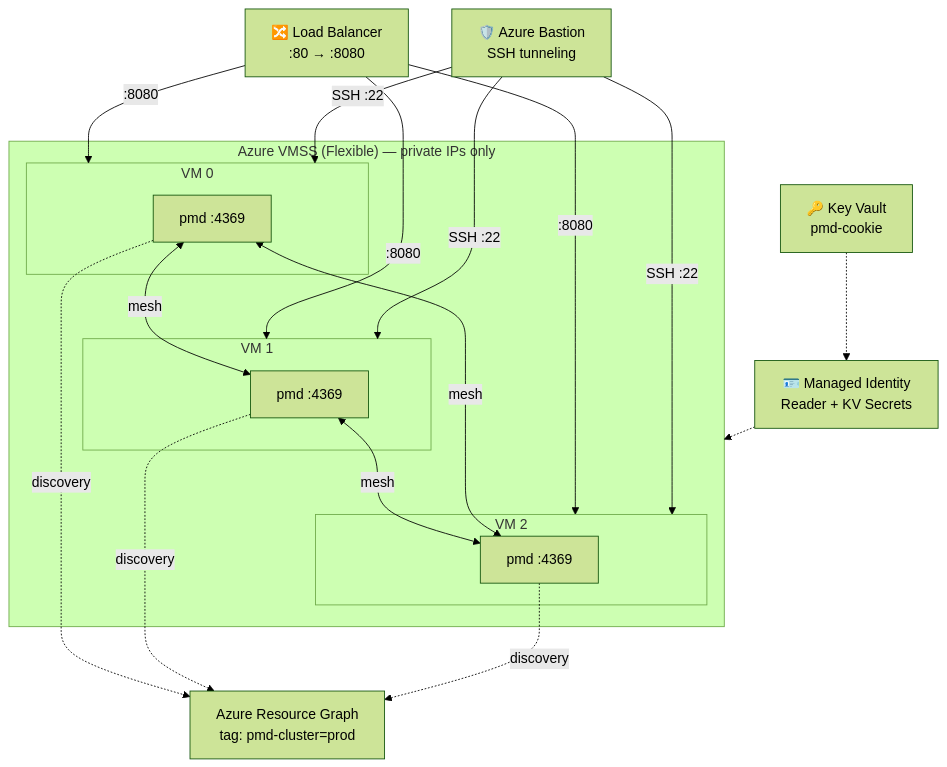
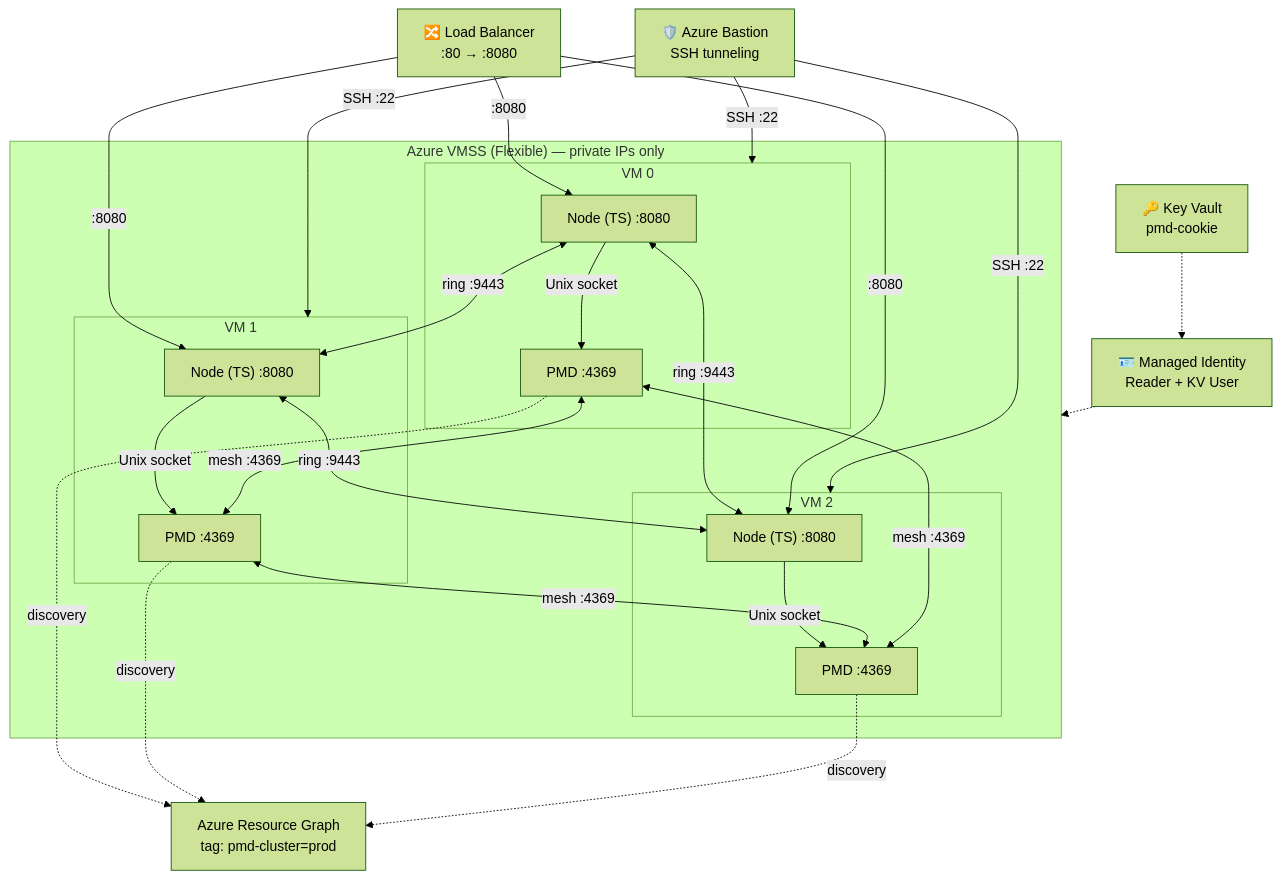
One commit to pierreg256/pmd-cluster changed the diagram in README.md. Above: the diagram before and after it, drawn with Mermaid (forest theme). The commit also changed other lines of this file, not shown here.

Commit message:
readme: complete architecture diagram with Node processes, socket links, and ring protocol

````diff
--- a/README.md
+++ b/README.md
@@ -7,39 +7,49 @@
 ```mermaid
 graph TD
     LB["🔀 Load Balancer<br/>:80 → :8080"]
     Bastion["🛡️ Azure Bastion<br/>SSH tunneling"]
 
     subgraph VMSS["Azure VMSS (Flexible) — private IPs only"]
         subgraph VM0["VM 0"]
-            PMD0["pmd :4369"]
+            NODE0["Node (TS) :8080"]
+            PMD0["PMD :4369"]
+            NODE0 -->|Unix socket| PMD0
         end
         subgraph VM1["VM 1"]
-            PMD1["pmd :4369"]
+            NODE1["Node (TS) :8080"]
+            PMD1["PMD :4369"]
+            NODE1 -->|Unix socket| PMD1
         end
         subgraph VM2["VM 2"]
-            PMD2["pmd :4369"]
+            NODE2["Node (TS) :8080"]
+            PMD2["PMD :4369"]
+            NODE2 -->|Unix socket| PMD2
         end
 
-        PMD0 <-->|mesh| PMD1
-        PMD1 <-->|mesh| PMD2
-        PMD0 <-->|mesh| PMD2
+        NODE0 <-->|ring :9443| NODE1
+        NODE1 <-->|ring :9443| NODE2
+        NODE0 <-->|ring :9443| NODE2
+
+        PMD0 <-->|mesh :4369| PMD1
+        PMD1 <-->|mesh :4369| PMD2
+        PMD0 <-->|mesh :4369| PMD2
     end
 
-    LB -->|:8080| VM0
-    LB -->|:8080| VM1
-    LB -->|:8080| VM2
+    LB -->|:8080| NODE0
+    LB -->|:8080| NODE1
+    LB -->|:8080| NODE2
 
     Bastion -->|SSH :22| VM0
     Bastion -->|SSH :22| VM1
     Bastion -->|SSH :22| VM2
 
     ARG["Azure Resource Graph<br/>tag: pmd-cluster=prod"]
     PMD0 -.->|discovery| ARG
     PMD1 -.->|discovery| ARG
     PMD2 -.->|discovery| ARG
 
     KV["🔑 Key Vault<br/>pmd-cookie"]
-    MI["🪪 Managed Identity<br/>Reader + KV Secrets"]
+    MI["🪪 Managed Identity<br/>Reader + KV User"]
     KV -.-> MI
     MI -.-> VMSS
 ```
````
